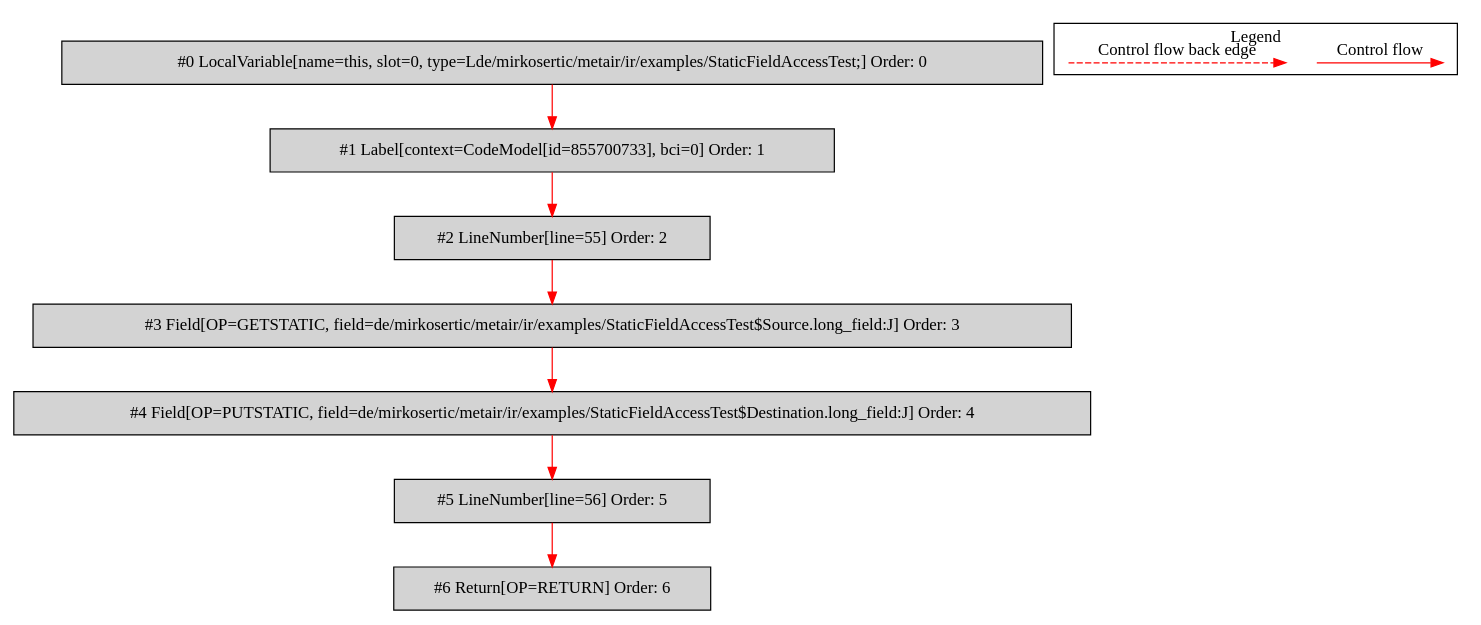
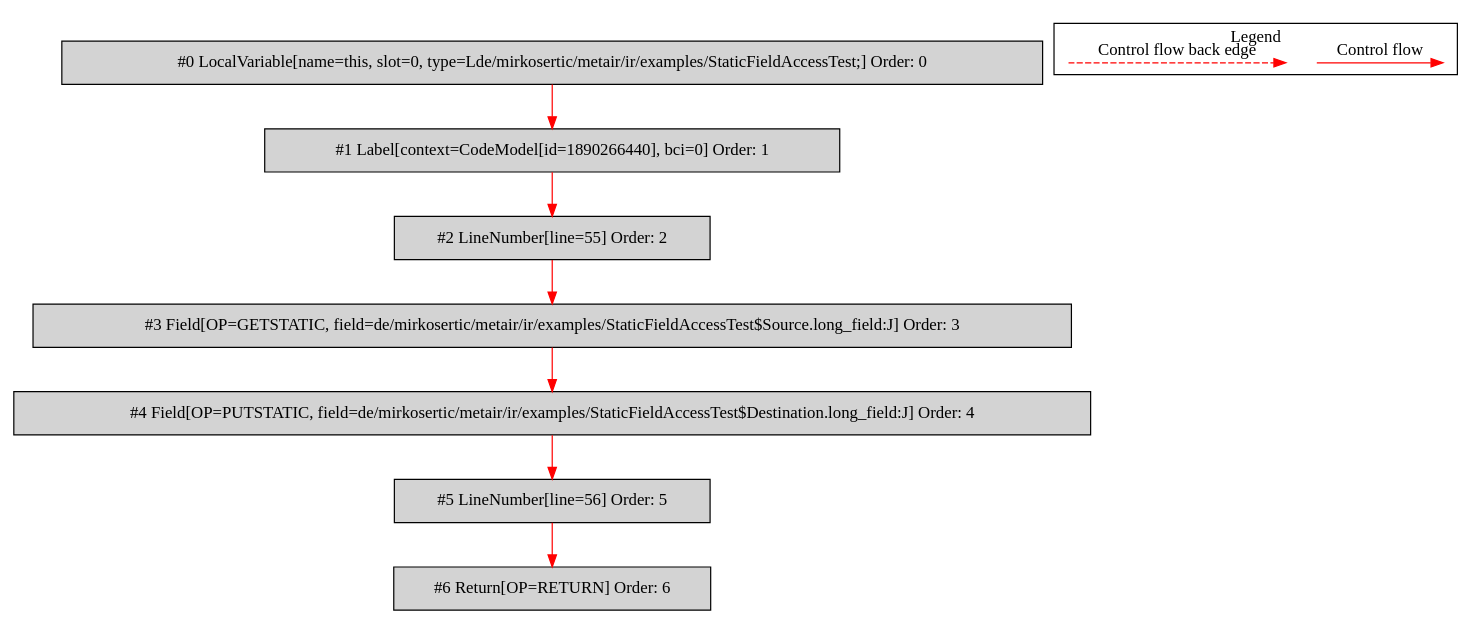
One commit to mirkosertic/MetaIR changed the diagram in de.mirkosertic.metair.ir.examples.StaticFieldAccessTest/copy_long/bytecodecfg.dot. Above: the diagram before and after it, drawn with Graphviz. The commit also changed 868 other files, not shown here.

```diff
--- a/de.mirkosertic.metair.ir.examples.StaticFieldAccessTest/copy_long/bytecodecfg.dot
+++ b/de.mirkosertic.metair.ir.examples.StaticFieldAccessTest/copy_long/bytecodecfg.dot
@@ -1,30 +1,30 @@
 digraph {
  ordering="in";
  node0[label="#0 LocalVariable[name=this, slot=0, type=Lde/mirkosertic/metair/ir/examples/StaticFieldAccessTest;] Order: 0", shape=box, fillcolor=lightgrey, style=filled];
- node1[label="#1 Label[context=CodeModel[id=855700733], bci=0] Order: 1", shape=box, fillcolor=lightgrey, style=filled];
+ node1[label="#1 Label[context=CodeModel[id=1890266440], bci=0] Order: 1", shape=box, fillcolor=lightgrey, style=filled];
  node2[label="#2 LineNumber[line=55] Order: 2", shape=box, fillcolor=lightgrey, style=filled];
  node3[label="#3 Field[OP=GETSTATIC, field=de/mirkosertic/metair/ir/examples/StaticFieldAccessTest$Source.long_field:J] Order: 3", shape=box, fillcolor=lightgrey, style=filled];
  node4[label="#4 Field[OP=PUTSTATIC, field=de/mirkosertic/metair/ir/examples/StaticFieldAccessTest$Destination.long_field:J] Order: 4", shape=box, fillcolor=lightgrey, style=filled];
  node5[label="#5 LineNumber[line=56] Order: 5", shape=box, fillcolor=lightgrey, style=filled];
  node6[label="#6 Return[OP=RETURN] Order: 6", shape=box, fillcolor=lightgrey, style=filled];
  node0 -> node1[color=red];
  node1 -> node2[color=red];
  node2 -> node3[color=red];
  node3 -> node4[color=red];
  node4 -> node5[color=red];
  node5 -> node6[color=red];
  subgraph cluster_000 {
   label = "Legend";
   node [shape=point]
   {
    rank=same;
    c0 [style = invis];
    c1 [style = invis];
    c2 [style = invis];
    c3 [style = invis];
   }
   c0 -> c1 [label="Control flow", style=solid, color=red]
   c2 -> c3 [label="Control flow back edge", style=dashed, color=red]
  }
 
 }
```
